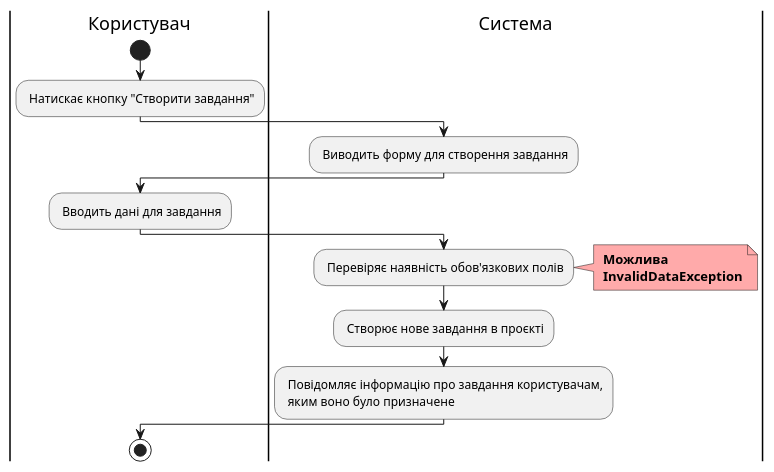
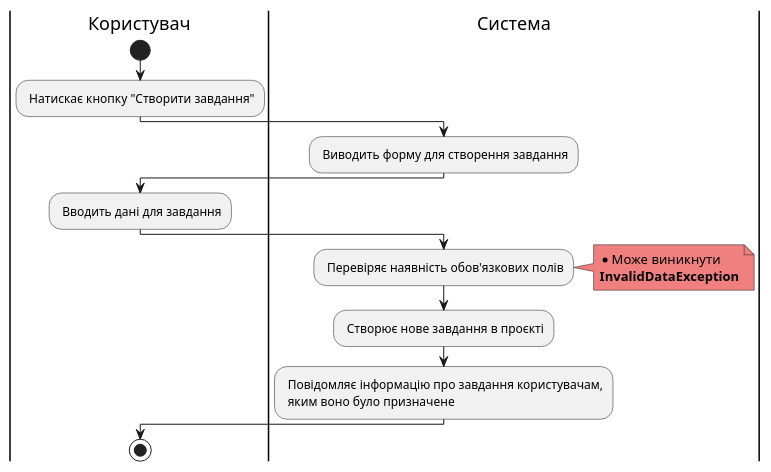
Before and after one commit to samoilenkomariia/db-coursework: the second of 6 diagrams in docs/use cases/README.md, drawn with PlantUML. The commit also changed other lines of this file, not shown here.

Commit message:
Update style of diagrams

```diff
--- a/docs/use cases/README.md
+++ b/docs/use cases/README.md
@@ -166,23 +166,25 @@
 @startuml
 |Користувач|
     start;
     : Натискає кнопку "Створити завдання";
 
     |Система|
     : Виводить форму для створення завдання;
 
     |Користувач|
     : Вводить дані для завдання;
     
     |Система|
     : Перевіряє наявність обов'язкових полів;
-    note right #ffaaaa
-    <b> Можлива
-    <b> InvalidDataException
+    
+    note right #lightcoral
+    * Може виникнути
+    <b>InvalidDataException</b>
     end note
+    
     : Створює нове завдання в проєкті;
     : Повідомляє інформацію про завдання користувачам,\n яким воно було призначене;
 
      |Користувач|
         stop;
 @enduml
```
